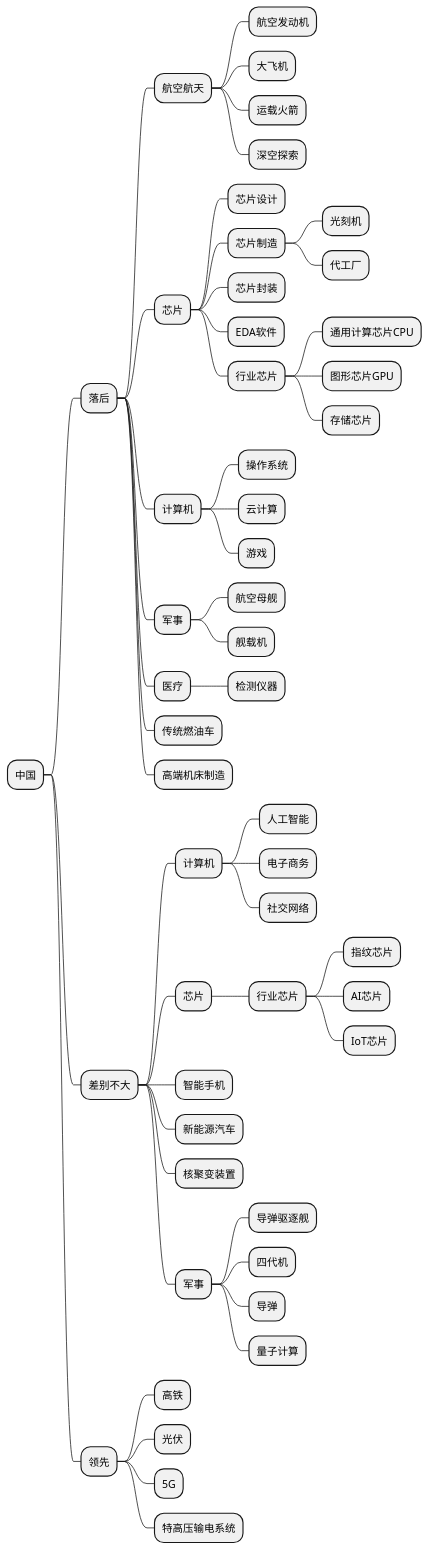
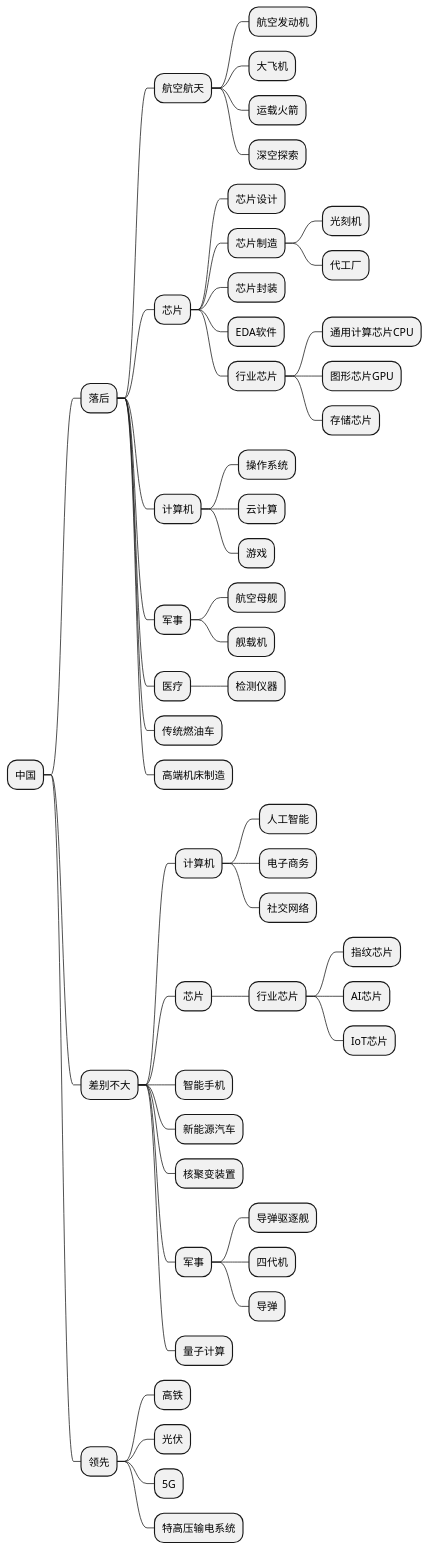
One commit to Huang2070/alpha-centauri-c changed the diagram in D·观点-know_who/思考/中国科技.plantuml. Above: the diagram before and after it, drawn with PlantUML. The commit also changed 9 other files, not shown here.

```diff
--- a/D·观点-know_who/思考/中国科技.plantuml
+++ b/D·观点-know_who/思考/中国科技.plantuml
@@ -1,60 +1,60 @@
 @startmindmap 中国
 * 中国
 ** 落后
 *** 航空航天
 **** 航空发动机
 **** 大飞机
 **** 运载火箭
 **** 深空探索
 
 *** 芯片
 **** 芯片设计
 **** 芯片制造
 ***** 光刻机
 ***** 代工厂
 **** 芯片封装
 **** EDA软件
 **** 行业芯片
 ***** 通用计算芯片CPU
 ***** 图形芯片GPU
 ***** 存储芯片
 
 *** 计算机
 **** 操作系统
 **** 云计算
 **** 游戏
 *** 军事
 **** 航空母舰
 **** 舰载机
 *** 医疗
 **** 检测仪器
 *** 传统燃油车
 *** 高端机床制造
 
 
 ** 差别不大
 *** 计算机
 **** 人工智能
 **** 电子商务
 **** 社交网络
 *** 芯片
 **** 行业芯片
 ***** 指纹芯片
 ***** AI芯片
 ***** IoT芯片
 *** 智能手机
 *** 新能源汽车
 *** 核聚变装置
 *** 军事
 **** 导弹驱逐舰
 **** 四代机
 **** 导弹
-**** 量子计算
+*** 量子计算
 
 
 ** 领先
 *** 高铁
 *** 光伏
 *** 5G
 *** 特高压输电系统
 @endmindmap
```
